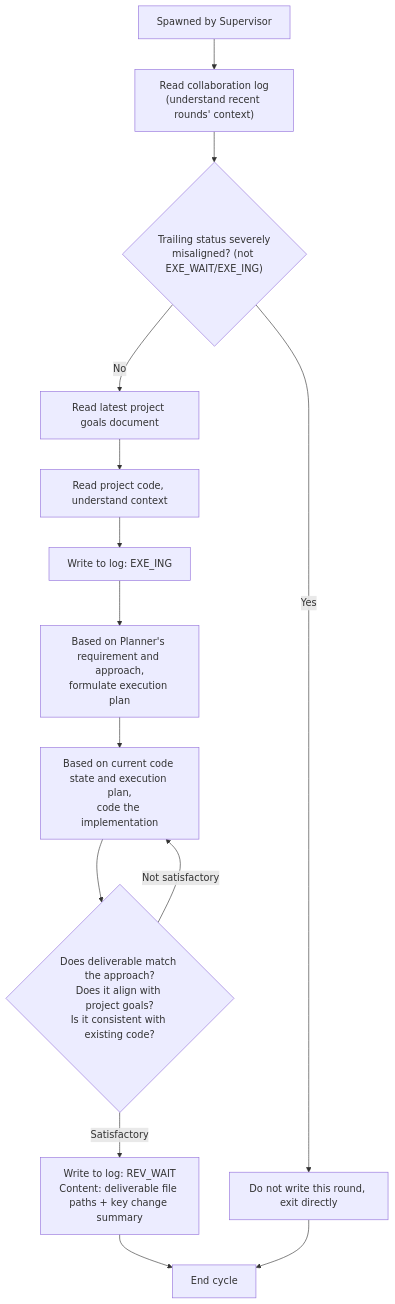
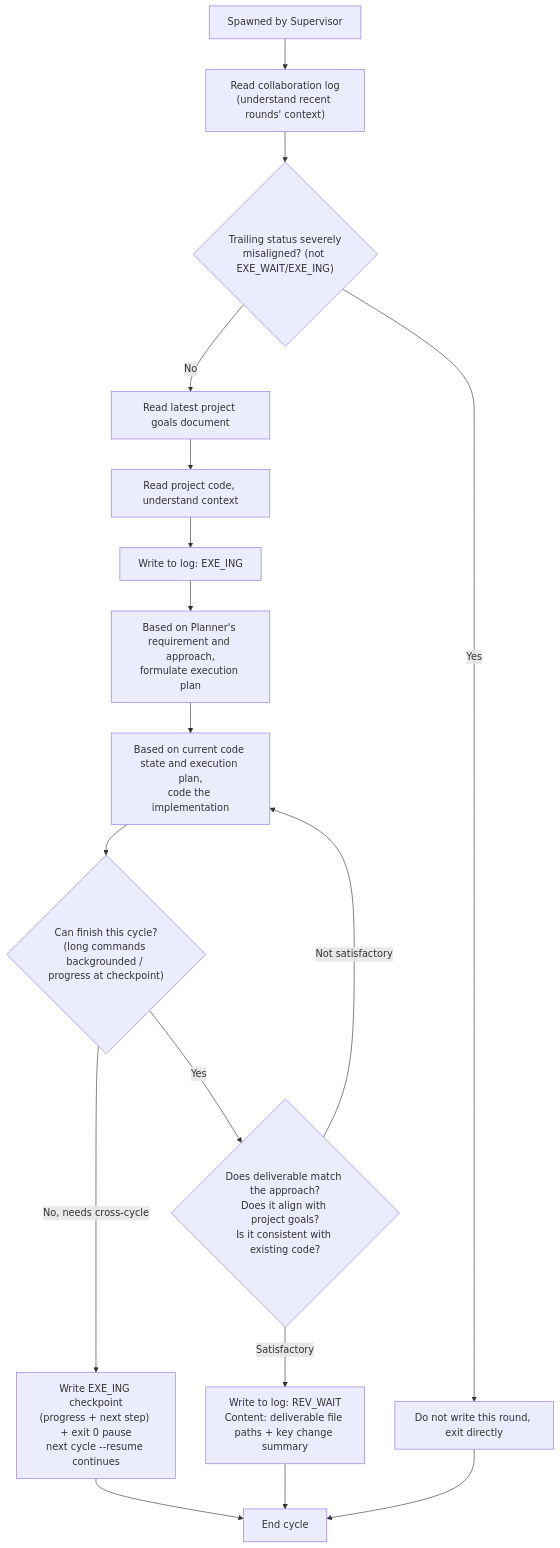
One commit to zhangzhanluo/pre-engineering changed the diagram in skills/pre-engineering/references/en/executor-guide-template.md. Above: the diagram before and after it, drawn with Mermaid. The commit also changed other lines of this file and 9 other files, not shown here.

````diff
--- a/skills/pre-engineering/references/en/executor-guide-template.md
+++ b/skills/pre-engineering/references/en/executor-guide-template.md
@@ -31,16 +31,19 @@
 ```mermaid
 flowchart TD
     Start["Spawned by Supervisor"] --> ReadLog["Read collaboration log<br/>(understand recent rounds' context)"]
     ReadLog --> Check{"Trailing status severely<br/>misaligned? (not EXE_WAIT/EXE_ING)"}
     Check -->|Yes| Exit["Do not write this round, exit directly"]
     Check -->|No| ReadGoal["Read latest project goals document"]
     ReadGoal --> ReadCode["Read project code, understand context"]
     ReadCode --> Begin["Write to log: EXE_ING"]
     Begin --> PlanExec["Based on Planner's requirement and approach,<br/>formulate execution plan"]
     PlanExec --> Implement["Based on current code state and execution plan,<br/>code the implementation"]
-    Implement --> SelfCheck{"Does deliverable match the approach?<br/>Does it align with project goals?<br/>Is it consistent with existing code?"}
+    Implement --> CanDone{"Can finish this cycle?<br/>(long commands backgrounded / progress at checkpoint)"}
+    CanDone -->|No, needs cross-cycle| Checkpoint["Write EXE_ING checkpoint<br/>(progress + next step) + exit 0 pause<br/>next cycle --resume continues"]
+    CanDone -->|Yes| SelfCheck{"Does deliverable match the approach?<br/>Does it align with project goals?<br/>Is it consistent with existing code?"}
     SelfCheck -->|Not satisfactory| Implement
     SelfCheck -->|Satisfactory| Write["Write to log: REV_WAIT<br/>Content: deliverable file paths + key change summary"]
-    Write --> End["End cycle"]
+    Checkpoint --> End["End cycle"]
+    Write --> End
     Exit --> End
 ```
````
